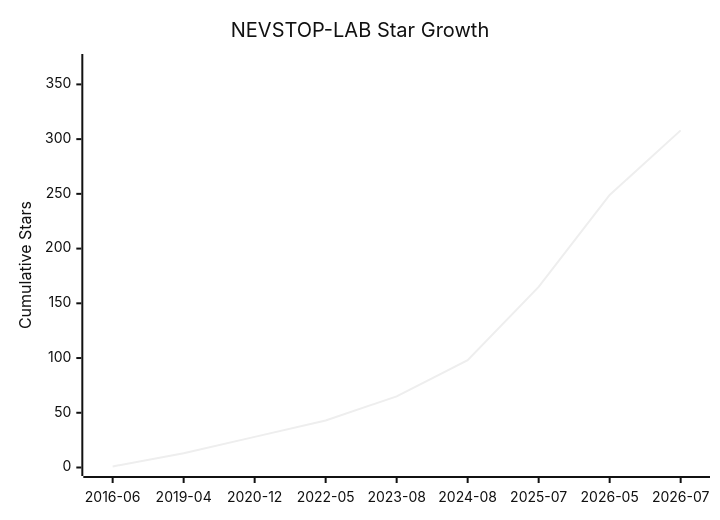
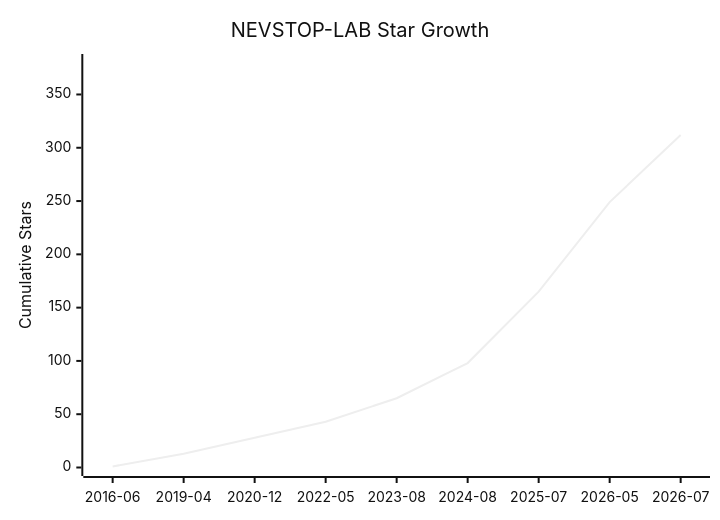
The diagram in Star-History.md (NEVSTOP-LAB/.github), drawn with Mermaid (neutral theme) before and after one commit. The commit also changed other lines of this file and 2 other files, not shown here.

````diff
--- a/Star-History.md
+++ b/Star-History.md
@@ -8,7 +8,7 @@
 ```mermaid
 xychart-beta
     title "NEVSTOP-LAB Star Growth"
     x-axis ["2016-06", "2019-04", "2020-12", "2022-05", "2023-08", "2024-08", "2025-07", "2026-05", "2026-07"]
-    y-axis "Cumulative Stars" 0 --> 370
-    line [1, 13, 28, 43, 65, 98, 165, 249, 308]
+    y-axis "Cumulative Stars" 0 --> 380
+    line [1, 13, 28, 43, 65, 98, 165, 249, 312]
 ```
````
